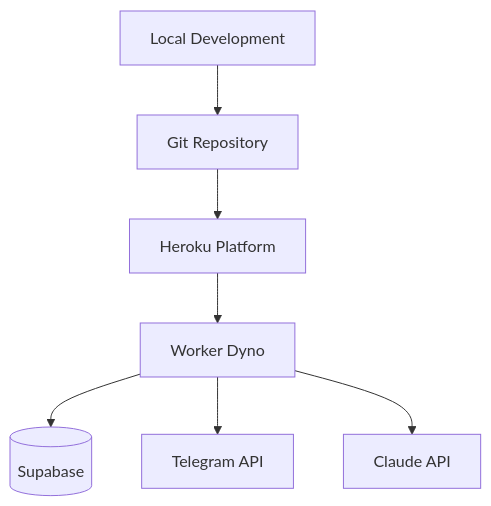
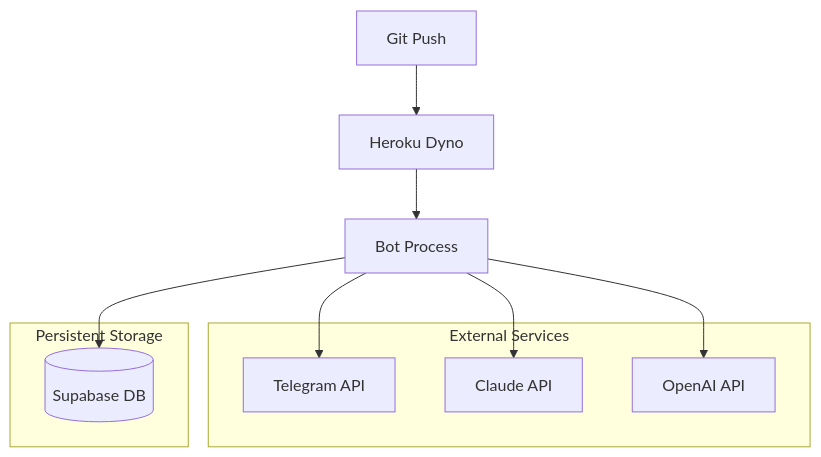
The diagram in docs/DEPLOYMENT-ARCHITECTURE.md (segalmax/telegram_zoomer), drawn with Mermaid before and after one commit. The commit also changed other lines of this file and 7 other files, not shown here.

````diff
--- a/docs/DEPLOYMENT-ARCHITECTURE.md
+++ b/docs/DEPLOYMENT-ARCHITECTURE.md
@@ -8,9 +8,19 @@
 ```mermaid
 graph TB
-    DEV[Local Development] --> GIT[Git Repository]
-    GIT --> HEROKU[Heroku Platform]
-    HEROKU --> DYNO[Worker Dyno]
-    DYNO --> SUPABASE[(Supabase)]
-    DYNO --> TELEGRAM[Telegram API]
-    DYNO --> CLAUDE[Claude API]
+    GIT[Git Push] --> HEROKU[Heroku Dyno]
+    HEROKU --> BOT[Bot Process]
+    BOT --> SUPABASE[(Supabase DB)]
+    BOT --> TELEGRAM[Telegram API]
+    BOT --> ANTHROPIC[Claude API]
+    BOT --> OPENAI[OpenAI API]
+    
+    subgraph "External Services"
+        TELEGRAM
+        ANTHROPIC
+        OPENAI
+    end
+    
+    subgraph "Persistent Storage"
+        SUPABASE
+    end
 ```
````
